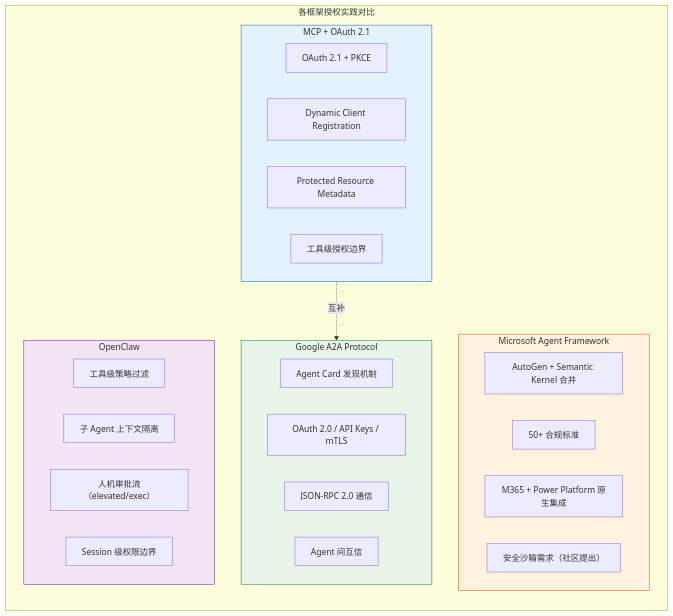
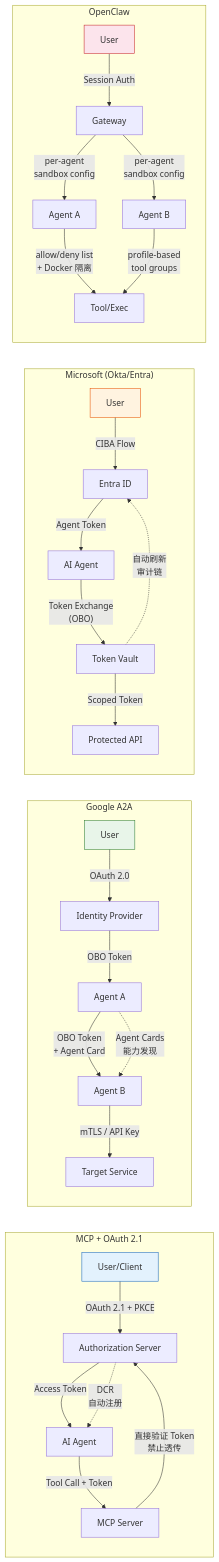
One commit to wqwz111/Tech-Researcher changed the second of 2 diagrams in reports/agent-tool-permissions.md. Above: the diagram before and after it, drawn with Mermaid. The commit also changed other lines of this file and 3 other files, not shown here.

````diff
--- a/reports/agent-tool-permissions.md
+++ b/reports/agent-tool-permissions.md
@@ -157,41 +172,39 @@
 ```mermaid
 graph LR
-    subgraph "各框架授权实践对比"
-        direction TB
-
-        subgraph MCP["MCP + OAuth 2.1"]
-            M1["OAuth 2.1 + PKCE"]
-            M2["Dynamic Client Registration"]
-            M3["Protected Resource Metadata"]
-            M4["工具级授权边界"]
-        end
-
-        subgraph A2A["Google A2A Protocol"]
-            A1["Agent Card 发现机制"]
-            A2["OAuth 2.0 / API Keys / mTLS"]
-            A3["JSON-RPC 2.0 通信"]
-            A4["Agent 间互信"]
-        end
-
-        subgraph MS["Microsoft Agent Framework"]
-            MS1["AutoGen + Semantic Kernel 合并"]
-            MS2["50+ 合规标准"]
-            MS3["M365 + Power Platform 原生集成"]
-            MS4["安全沙箱需求（社区提出）"]
-        end
-
-        subgraph OC["OpenClaw"]
-            O1["工具级策略过滤"]
-            O2["子 Agent 上下文隔离"]
-            O3["人机审批流（elevated/exec）"]
-            O4["Session 级权限边界"]
-        end
-
-        MCP -.->|"互补"| A2A
+    subgraph "MCP + OAuth 2.1"
+        MCP_User["User/Client"] -->|OAuth 2.1 + PKCE| MCP_AS["Authorization Server"]
+        MCP_AS -->|Access Token| MCP_Agent["AI Agent"]
+        MCP_Agent -->|"Tool Call + Token"| MCP_Server["MCP Server"]
+        MCP_Server -->|"直接验证 Token<br/>禁止透传"| MCP_AS
+        MCP_AS -.->|"DCR<br/>自动注册"| MCP_Agent
     end
 
-    style MCP fill:#e3f2fd,stroke:#1565c0
-    style A2A fill:#e8f5e9,stroke:#2e7d32
-    style MS fill:#fff3e0,stroke:#e65100
-    style OC fill:#f3e5f5,stroke:#7b1fa2
+    subgraph "Google A2A"
+        A2A_User["User"] -->|OAuth 2.0| A2A_IdP["Identity Provider"]
+        A2A_IdP -->|"OBO Token"| A2A_Agent1["Agent A"]
+        A2A_Agent1 -->|"OBO Token<br/>+ Agent Card"| A2A_Agent2["Agent B"]
+        A2A_Agent2 -->|mTLS / API Key| A2A_Service["Target Service"]
+        A2A_Agent1 -.->|"Agent Cards<br/>能力发现"| A2A_Agent2
+    end
+
+    subgraph "Microsoft (Okta/Entra)"
+        MS_User["User"] -->|CIBA Flow| MS_Entra["Entra ID"]
+        MS_Entra -->|"Agent Token"| MS_Agent["AI Agent"]
+        MS_Agent -->|"Token Exchange<br/>(OBO)"| MS_Vault["Token Vault"]
+        MS_Vault -->|"Scoped Token"| MS_Api["Protected API"]
+        MS_Vault -.->|"自动刷新<br/>审计链"| MS_Entra
+    end
+
+    subgraph "OpenClaw"
+        OC_User["User"] -->|Session Auth| OC_GW["Gateway"]
+        OC_GW -->|"per-agent<br/>sandbox config"| OC_Agent1["Agent A"]
+        OC_GW -->|"per-agent<br/>sandbox config"| OC_Agent2["Agent B"]
+        OC_Agent1 -->|"allow/deny list<br/>+ Docker 隔离"| OC_Tool["Tool/Exec"]
+        OC_Agent2 -->|"profile-based<br/>tool groups"| OC_Tool
+    end
+
+    style MCP_User fill:#e3f2fd,stroke:#1565c0
+    style A2A_User fill:#e8f5e9,stroke:#2e7d32
+    style MS_User fill:#fff3e0,stroke:#e65100
+    style OC_User fill:#fce4ec,stroke:#c62828
 ```
````
